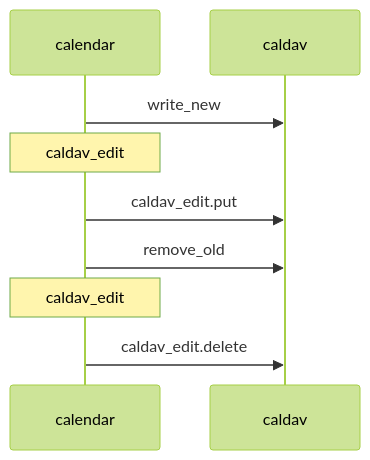
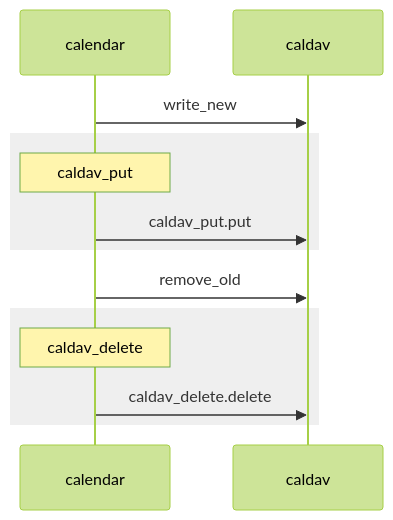
Before and after one commit to rabalyn/shale: the third of 4 diagrams in docs/dataflow/caldav-edit.md, drawn with Mermaid (forest theme). The commit also changed other lines of this file and 10 other files, not shown here.

First line of the commit message:
Dataflow: caldav_put and caldav_delete, nested steps in a rect block (DEV-026, DEV-028)

````diff
--- a/docs/dataflow/caldav-edit.md
+++ b/docs/dataflow/caldav-edit.md
@@ -25,11 +31,15 @@
 ```mermaid
 sequenceDiagram
     participant calendar
     participant caldav
     calendar->>caldav: write_new
-    Note over calendar: caldav_edit
-    calendar->>caldav: caldav_edit.put
+    rect rgba(127, 127, 127, 0.12)
+        Note over calendar: caldav_put
+        calendar->>caldav: caldav_put.put
+    end
     calendar->>caldav: remove_old
-    Note over calendar: caldav_edit
-    calendar->>caldav: caldav_edit.delete
+    rect rgba(127, 127, 127, 0.12)
+        Note over calendar: caldav_delete
+        calendar->>caldav: caldav_delete.delete
+    end
 ```
````
